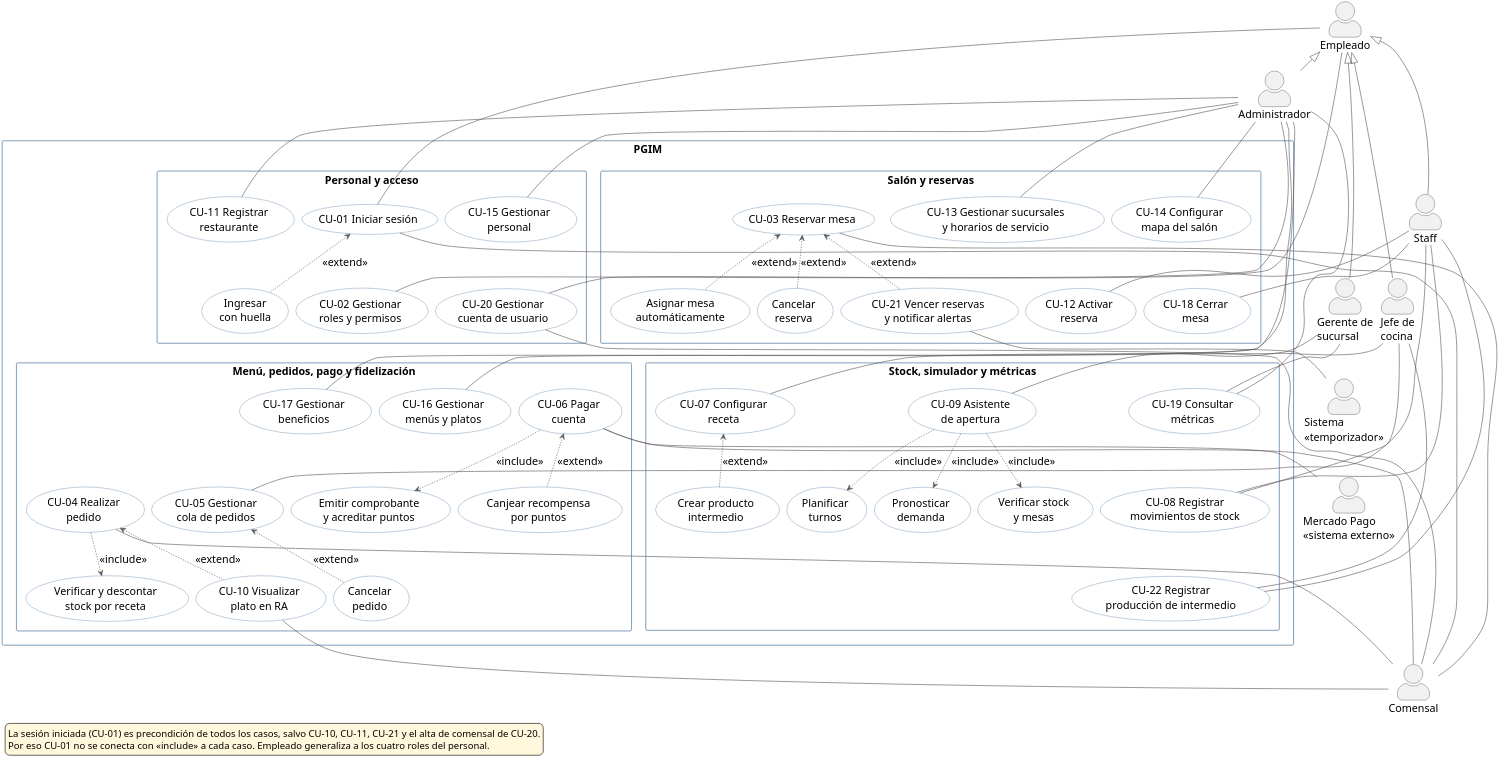
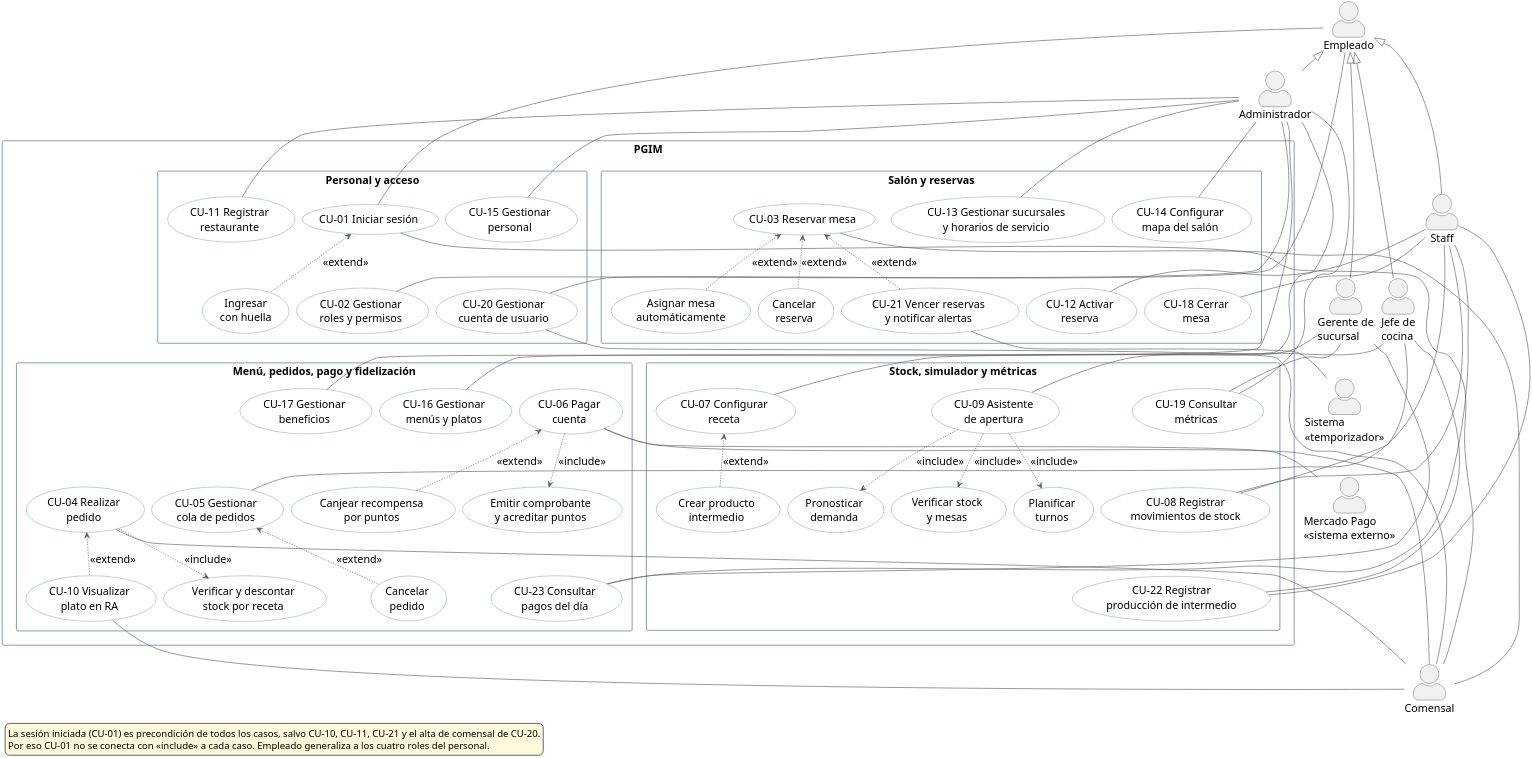
The diagram in docs/modelos/casos-de-uso/0-general/v1/cu-general-v1.puml (GabrielLigresti/TFG-PGIM), drawn with PlantUML before and after one commit. The commit also changed 2 other files, not shown here.

Commit message:
Agregar CU-23 Consultar pagos del día al diagrama general
Claude-Session: https://claude.ai/code/session_01NN9n6n31Raw2CaJEcZTSnQ

```diff
--- a/docs/modelos/casos-de-uso/0-general/v1/cu-general-v1.puml
+++ b/docs/modelos/casos-de-uso/0-general/v1/cu-general-v1.puml
@@ -1,152 +1,156 @@
 @startuml cu-general-v1
 top to bottom direction
 skinparam dpi 300
 skinparam defaultFontName Calibri
 skinparam defaultFontSize 18
 skinparam shadowing false
 skinparam legendFontSize 16
 skinparam legendBackgroundColor #FFF8DC
 skinparam packageStyle rectangle
 skinparam actorStyle awesome
 skinparam nodesep 12
 skinparam ranksep 30
 skinparam usecase {
   BackgroundColor #FFFFFF
   BorderColor #2E5E8C
   ArrowColor #555555
 }
 skinparam rectangle {
   BorderColor #2E5E8C
   FontStyle bold
 }
 skinparam note {
   BackgroundColor #FFF8DC
   BorderColor #999999
 }
 
 actor "Empleado" as EMP
 actor "Administrador" as ADM
 actor "Gerente de\nsucursal" as GER
 actor "Jefe de\ncocina" as JEF
 actor "Staff" as STF
 actor "Comensal" as COM
 actor "Mercado Pago\n<<sistema externo>>" as MP
 actor "Sistema\n<<temporizador>>" as SYS
 
 EMP <|-- ADM
 EMP <|-- GER
 EMP <|-- JEF
 EMP <|-- STF
 
 rectangle "PGIM" {
   rectangle "Personal y acceso" {
     usecase "CU-01 Iniciar sesión" as CU01
     usecase "Ingresar\ncon huella" as HUE
     usecase "CU-20 Gestionar\ncuenta de usuario" as CU20
     usecase "CU-02 Gestionar\nroles y permisos" as CU02
     usecase "CU-11 Registrar\nrestaurante" as CU11
     usecase "CU-15 Gestionar\npersonal" as CU15
   }
   rectangle "Salón y reservas" {
     usecase "CU-13 Gestionar sucursales\ny horarios de servicio" as CU13
     usecase "CU-14 Configurar\nmapa del salón" as CU14
     usecase "CU-03 Reservar mesa" as CU03
     usecase "Asignar mesa\nautomáticamente" as AUTO
     usecase "Cancelar\nreserva" as CANR
     usecase "CU-12 Activar\nreserva" as CU12
     usecase "CU-18 Cerrar\nmesa" as CU18
     usecase "CU-21 Vencer reservas\ny notificar alertas" as CU21
   }
   rectangle "Menú, pedidos, pago y fidelización" {
     usecase "CU-16 Gestionar\nmenús y platos" as CU16
     usecase "CU-17 Gestionar\nbeneficios" as CU17
     usecase "CU-04 Realizar\npedido" as CU04
     usecase "CU-10 Visualizar\nplato en RA" as CU10
     usecase "Verificar y descontar\nstock por receta" as STK
     usecase "CU-05 Gestionar\ncola de pedidos" as CU05
     usecase "Cancelar\npedido" as CANP
     usecase "CU-06 Pagar\ncuenta" as CU06
     usecase "Emitir comprobante\ny acreditar puntos" as COMP
     usecase "Canjear recompensa\npor puntos" as CANJE
+    usecase "CU-23 Consultar\npagos del día" as CU23
   }
   rectangle "Stock, simulador y métricas" {
     usecase "CU-07 Configurar\nreceta" as CU07
     usecase "Crear producto\nintermedio" as INT
     usecase "CU-08 Registrar\nmovimientos de stock" as CU08
     usecase "CU-22 Registrar\nproducción de intermedio" as CU22
     usecase "CU-09 Asistente\nde apertura" as CU09
     usecase "Pronosticar\ndemanda" as PRON
     usecase "Verificar stock\ny mesas" as VERI
     usecase "Planificar\nturnos" as TURN
     usecase "CU-19 Consultar\nmétricas" as CU19
   }
 }
 
 ' --- Personal (arriba)
 EMP -- CU01
 EMP -- CU20
 ADM -- CU02
 ADM -- CU11
 ADM -- CU15
 ADM -- CU13
 ADM -- CU14
 ADM -- CU16
 ADM -- CU17
 ADM -- CU19
 GER -- CU09
 GER -- CU19
 JEF -- CU07
 JEF -- CU08
 JEF -- CU22
 STF -- CU05
 STF -- CU08
 STF -- CU22
 STF -- CU12
 STF -- CU18
+GER -- CU23
+STF -- CU23
 
 ' --- Comensal y sistemas externos (abajo)
 CU01 -- COM
 CU20 -- COM
 CU03 -- COM
 CU04 -- COM
 CU10 -- COM
 CU06 -- COM
 CU06 -- MP
 CU21 -- SYS
 
 ' --- include / extend
 CU01 <.. HUE : <<extend>>
 CU03 <.. AUTO : <<extend>>
 CU03 <.. CANR : <<extend>>
 CU03 <.. CU21 : <<extend>>
 CU04 <.. CU10 : <<extend>>
 CU04 ..> STK : <<include>>
 CU05 <.. CANP : <<extend>>
 CU06 ..> COMP : <<include>>
 CU06 <.. CANJE : <<extend>>
 CU07 <.. INT : <<extend>>
 CU09 ..> PRON : <<include>>
 CU09 ..> VERI : <<include>>
 CU09 ..> TURN : <<include>>
 
 ' --- Distribución en grilla 2x2
 ' filas internas
 CU11 -[hidden]down- CU02
 CU15 -[hidden]down- CU20
 CU13 -[hidden]down- CU12
 CU14 -[hidden]down- CU18
 CU16 -[hidden]down- CU05
 CU17 -[hidden]down- CU04
 CU19 -[hidden]down- CU08
 CU08 -[hidden]down- CU22
+CANP -[hidden]right- CU23
 ' módulos en dos filas
 HUE -[hidden]down- CU07
 CU02 -[hidden]down- CU19
 CU21 -[hidden]down- CU16
 CANR -[hidden]down- CU17
 
 legend bottom left
 La sesión iniciada (CU-01) es precondición de todos los casos, salvo CU-10, CU-11, CU-21 y el alta de comensal de CU-20.
 Por eso CU-01 no se conecta con «include» a cada caso. Empleado generaliza a los cuatro roles del personal.
 endlegend
 @enduml
```
